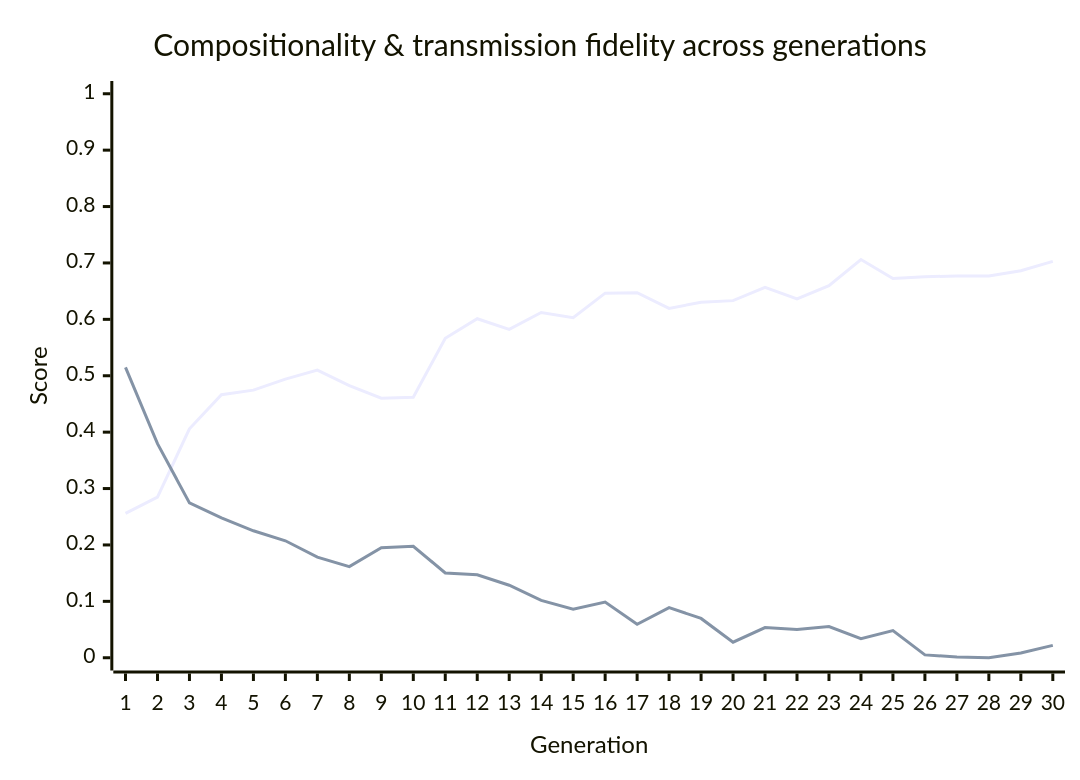
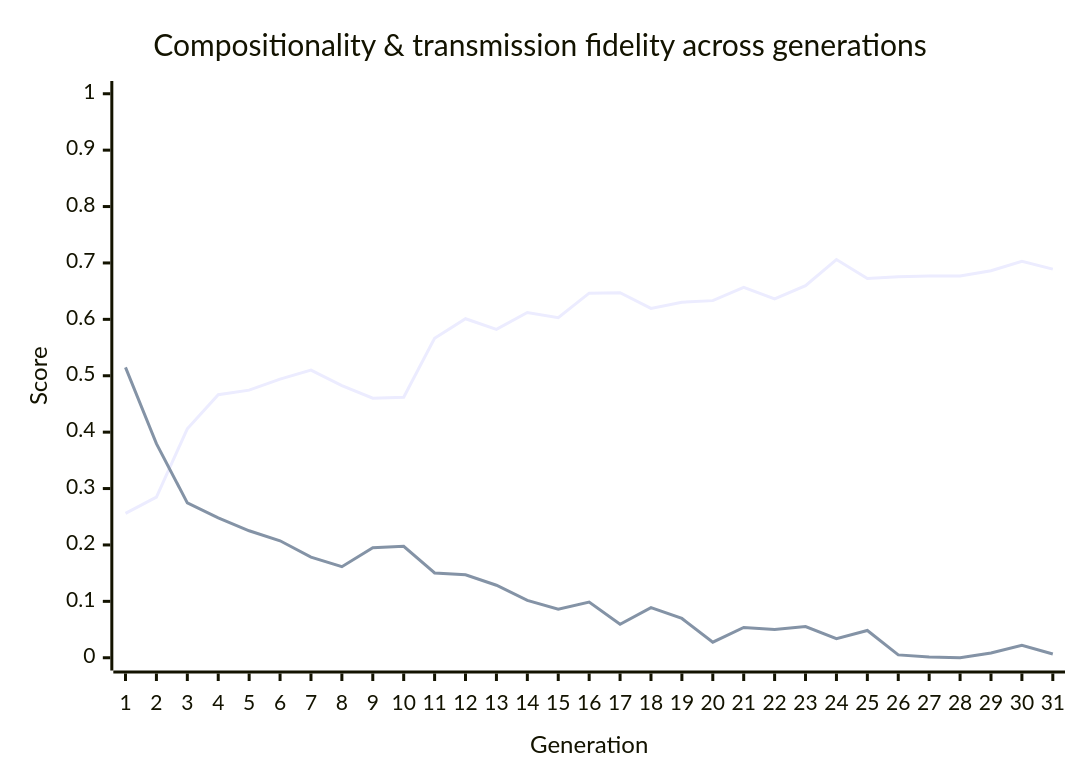
The diagram in metrics/latest-report.md (nichobbs/traditio), drawn with Mermaid before and after one commit. The commit also changed other lines of this file and 1 other file, not shown here.

````diff
--- a/metrics/latest-report.md
+++ b/metrics/latest-report.md
@@ -40,8 +40,8 @@
 ```mermaid
 xychart-beta
     title "Compositionality & transmission fidelity across generations"
-    x-axis "Generation" [1, 2, 3, 4, 5, 6, 7, 8, 9, 10, 11, 12, 13, 14, 15, 16, 17, 18, 19, 20, 21, 22, 23, 24, 25, 26, 27, 28, 29, 30]
+    x-axis "Generation" [1, 2, 3, 4, 5, 6, 7, 8, 9, 10, 11, 12, 13, 14, 15, 16, 17, 18, 19, 20, 21, 22, 23, 24, 25, 26, 27, 28, 29, 30, 31]
     y-axis "Score" 0 --> 1
-    line "Compositionality" [0.2559, 0.2849, 0.4060, 0.4663, 0.4745, 0.4941, 0.5099, 0.4826, 0.4603, 0.4619, 0.5665, 0.6011, 0.5822, 0.6121, 0.6029, 0.6464, 0.6473, 0.6195, 0.6304, 0.6332, 0.6566, 0.6361, 0.6598, 0.7061, 0.6725, 0.6757, 0.6767, 0.6767, 0.6863, 0.7028]
-    line "Transmission Fidelity" [0.5148, 0.3796, 0.2746, 0.2481, 0.2251, 0.2074, 0.1785, 0.1615, 0.1949, 0.1977, 0.1504, 0.1472, 0.1286, 0.1016, 0.0861, 0.0987, 0.0594, 0.0888, 0.0697, 0.0276, 0.0536, 0.0500, 0.0553, 0.0339, 0.0483, 0.0051, 0.0012, 0.0000, 0.0083, 0.0219]
+    line "Compositionality" [0.2559, 0.2849, 0.4060, 0.4663, 0.4745, 0.4941, 0.5099, 0.4826, 0.4603, 0.4619, 0.5665, 0.6011, 0.5822, 0.6121, 0.6029, 0.6464, 0.6473, 0.6195, 0.6304, 0.6332, 0.6566, 0.6361, 0.6598, 0.7061, 0.6725, 0.6757, 0.6767, 0.6767, 0.6863, 0.7028, 0.6890]
+    line "Transmission Fidelity" [0.5148, 0.3796, 0.2746, 0.2481, 0.2251, 0.2074, 0.1785, 0.1615, 0.1949, 0.1977, 0.1504, 0.1472, 0.1286, 0.1016, 0.0861, 0.0987, 0.0594, 0.0888, 0.0697, 0.0276, 0.0536, 0.0500, 0.0553, 0.0339, 0.0483, 0.0051, 0.0012, 0.0000, 0.0083, 0.0219, 0.0066]
 ```
````
